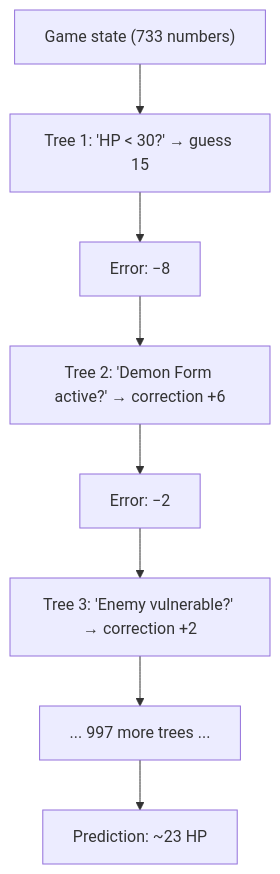
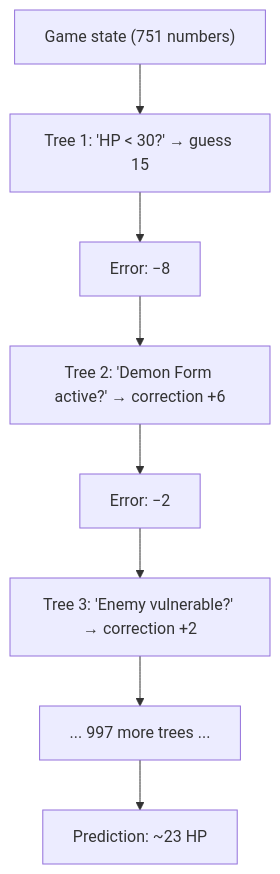
Before and after one commit to pherrman1/sts_ai: the second of 3 diagrams in wiki/how-models-learn.md, drawn with Mermaid. The commit also changed other lines of this file and 5 other files, not shown here.

````diff
--- a/wiki/how-models-learn.md
+++ b/wiki/how-models-learn.md
@@ -41,10 +41,10 @@
 ```mermaid
 flowchart TD
-    State["Game state (733 numbers)"] --> T1["Tree 1: 'HP < 30?' → guess 15"]
+    State["Game state (751 numbers)"] --> T1["Tree 1: 'HP < 30?' → guess 15"]
     T1 --> Err1["Error: −8"]
     Err1 --> T2["Tree 2: 'Demon Form active?' → correction +6"]
     T2 --> Err2["Error: −2"]
     Err2 --> T3["Tree 3: 'Enemy vulnerable?' → correction +2"]
     T3 --> T4["... 997 more trees ..."]
     T4 --> Final["Prediction: ~23 HP"]
 ```
````
